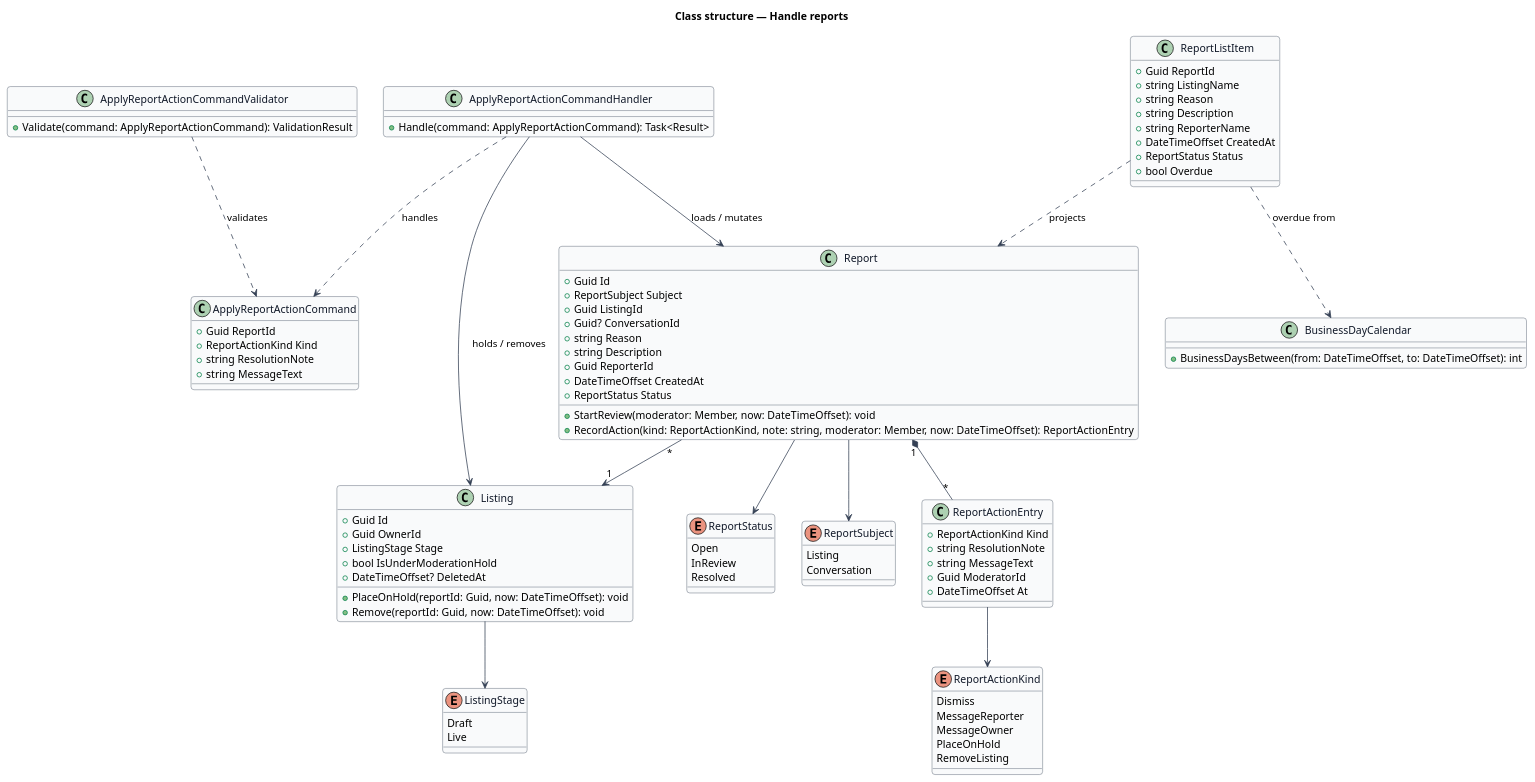
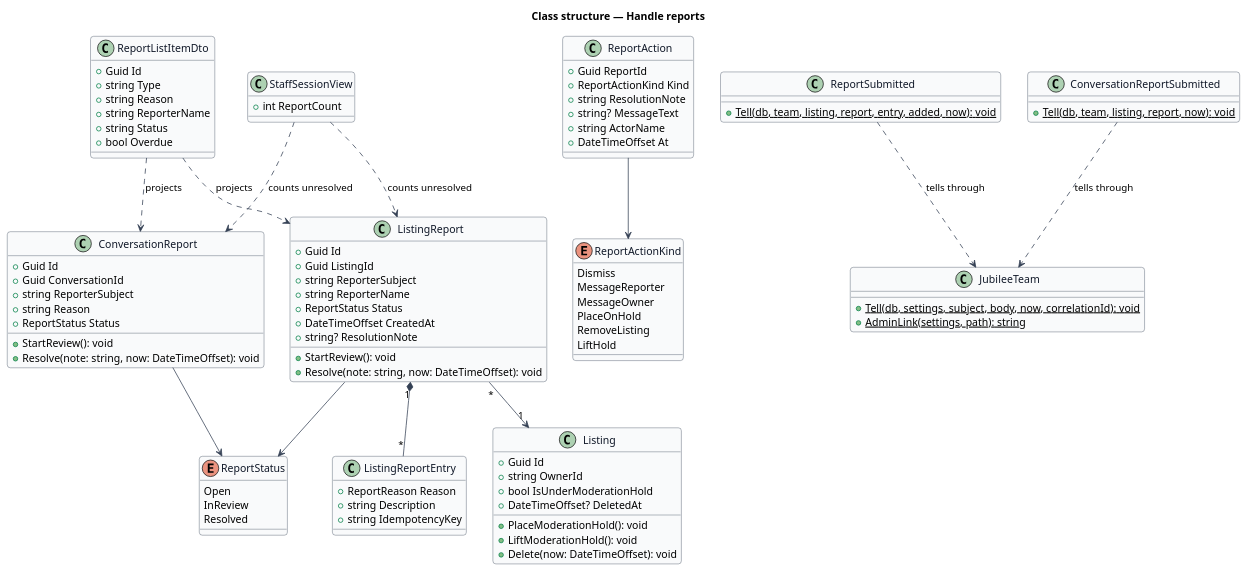
Before and after one commit to QuinntyneBrown/jubilee: the diagram in docs/detailed-designs/moderation/handle-reports/diagrams/class-structure.puml, drawn with PlantUML. The commit also changed 27 other files, not shown here.

First line of the commit message:
Journey 25: requirements, ADR 0058 and designs for the report notice, the admin bar count and the public bound

```diff
--- a/docs/detailed-designs/moderation/handle-reports/diagrams/class-structure.puml
+++ b/docs/detailed-designs/moderation/handle-reports/diagrams/class-structure.puml
@@ -1,100 +1,101 @@
 @startuml
 skinparam backgroundColor #FFFFFF
 skinparam shadowing false
 skinparam roundcorner 8
 skinparam defaultFontName Arial
 skinparam ArrowColor #344054
 skinparam class {
   BorderColor #344054
   FontColor #101828
   BackgroundColor #F9FAFB
 }
 title Class structure — Handle reports
 enum ReportStatus {
   Open
   InReview
   Resolved
 }
-enum ReportSubject {
-  Listing
-  Conversation
-}
 enum ReportActionKind {
   Dismiss
   MessageReporter
   MessageOwner
   PlaceOnHold
   RemoveListing
+  LiftHold
 }
-enum ListingStage {
-  Draft
-  Live
+class ListingReport {
+  +Guid Id
+  +Guid ListingId
+  +string ReporterSubject
+  +string ReporterName
+  +ReportStatus Status
+  +DateTimeOffset CreatedAt
+  +string? ResolutionNote
+  +StartReview(): void
+  +Resolve(note: string, now: DateTimeOffset): void
 }
-class Report {
+class ListingReportEntry {
+  +ReportReason Reason
+  +string Description
+  +string IdempotencyKey
+}
+class ConversationReport {
   +Guid Id
-  +ReportSubject Subject
-  +Guid ListingId
-  +Guid? ConversationId
+  +Guid ConversationId
+  +string ReporterSubject
   +string Reason
-  +string Description
-  +Guid ReporterId
-  +DateTimeOffset CreatedAt
   +ReportStatus Status
-  +StartReview(moderator: Member, now: DateTimeOffset): void
-  +RecordAction(kind: ReportActionKind, note: string, moderator: Member, now: DateTimeOffset): ReportActionEntry
+  +StartReview(): void
+  +Resolve(note: string, now: DateTimeOffset): void
 }
-class ReportActionEntry {
+class ReportAction {
+  +Guid ReportId
   +ReportActionKind Kind
   +string ResolutionNote
-  +string MessageText
-  +Guid ModeratorId
+  +string? MessageText
+  +string ActorName
   +DateTimeOffset At
 }
 class Listing {
   +Guid Id
-  +Guid OwnerId
-  +ListingStage Stage
+  +string OwnerId
   +bool IsUnderModerationHold
   +DateTimeOffset? DeletedAt
-  +PlaceOnHold(reportId: Guid, now: DateTimeOffset): void
-  +Remove(reportId: Guid, now: DateTimeOffset): void
+  +PlaceModerationHold(): void
+  +LiftModerationHold(): void
+  +Delete(now: DateTimeOffset): void
 }
-class ApplyReportActionCommand {
-  +Guid ReportId
-  +ReportActionKind Kind
-  +string ResolutionNote
-  +string MessageText
+class JubileeTeam {
+  +{static} Tell(db, settings, subject, body, now, correlationId): void
+  +{static} AdminLink(settings, path): string
 }
-class ApplyReportActionCommandValidator {
-  +Validate(command: ApplyReportActionCommand): ValidationResult
+class ReportSubmitted {
+  +{static} Tell(db, team, listing, report, entry, added, now): void
 }
-class ApplyReportActionCommandHandler {
-  +Handle(command: ApplyReportActionCommand): Task<Result>
+class ConversationReportSubmitted {
+  +{static} Tell(db, team, listing, report, now): void
 }
-class ReportListItem {
-  +Guid ReportId
-  +string ListingName
+class ReportListItemDto {
+  +Guid Id
+  +string Type
   +string Reason
-  +string Description
   +string ReporterName
-  +DateTimeOffset CreatedAt
-  +ReportStatus Status
+  +string Status
   +bool Overdue
 }
-class BusinessDayCalendar {
-  +BusinessDaysBetween(from: DateTimeOffset, to: DateTimeOffset): int
+class StaffSessionView {
+    +int ReportCount
 }
 
-ApplyReportActionCommandHandler ..> ApplyReportActionCommand : handles
-ApplyReportActionCommandValidator ..> ApplyReportActionCommand : validates
-ApplyReportActionCommandHandler --> Report : loads / mutates
-ApplyReportActionCommandHandler --> Listing : holds / removes
-Report "1" *-- "*" ReportActionEntry
-Report "*" --> "1" Listing
-Report --> ReportStatus
-Report --> ReportSubject
-ReportActionEntry --> ReportActionKind
-Listing --> ListingStage
-ReportListItem ..> Report : projects
-ReportListItem ..> BusinessDayCalendar : overdue from
+ListingReport "1" *-- "*" ListingReportEntry
+ListingReport "*" --> "1" Listing
+ConversationReport --> ReportStatus
+ListingReport --> ReportStatus
+ReportAction --> ReportActionKind
+ReportSubmitted ..> JubileeTeam : tells through
+ConversationReportSubmitted ..> JubileeTeam : tells through
+ReportListItemDto ..> ListingReport : projects
+ReportListItemDto ..> ConversationReport : projects
+StaffSessionView ..> ListingReport : counts unresolved
+StaffSessionView ..> ConversationReport : counts unresolved
 @enduml
```
